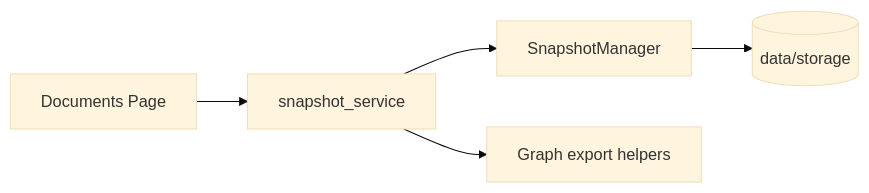
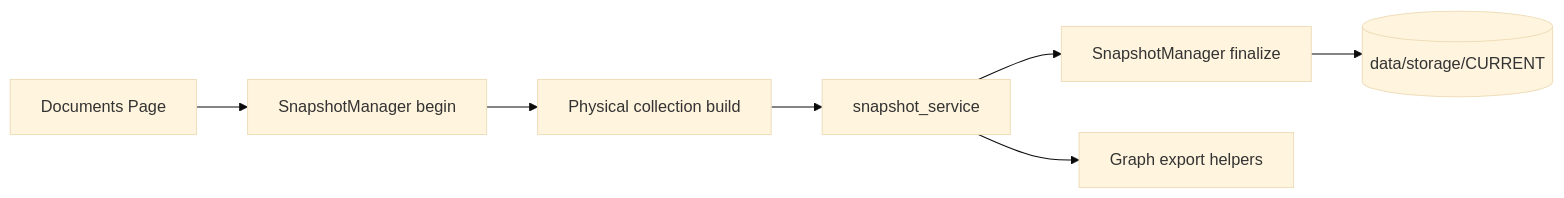
Before and after one commit to BjornMelin/docmind-ai-llm: the diagram in docs/developers/adrs/ADR-051-documents-snapshot-service-boundary.md, drawn with Mermaid (base theme). The commit also changed other lines of this file and 434 other files, not shown here.

````diff
--- a/docs/developers/adrs/ADR-051-documents-snapshot-service-boundary.md
+++ b/docs/developers/adrs/ADR-051-documents-snapshot-service-boundary.md
@@ -69,7 +75,9 @@
 ```mermaid
 flowchart LR
-  UI[Documents Page] --> SVC[snapshot_service]
-  SVC --> SNAP[SnapshotManager]
+  UI[Documents Page] --> SNAP[SnapshotManager begin]
+  SNAP --> BUILD[Physical collection build]
+  BUILD --> SVC[snapshot_service]
+  SVC --> COMMIT[SnapshotManager finalize]
   SVC --> GEXP[Graph export helpers]
-  SNAP --> FS[(data/storage)]
+  COMMIT --> FS[(data/storage/CURRENT)]
 ```
````
